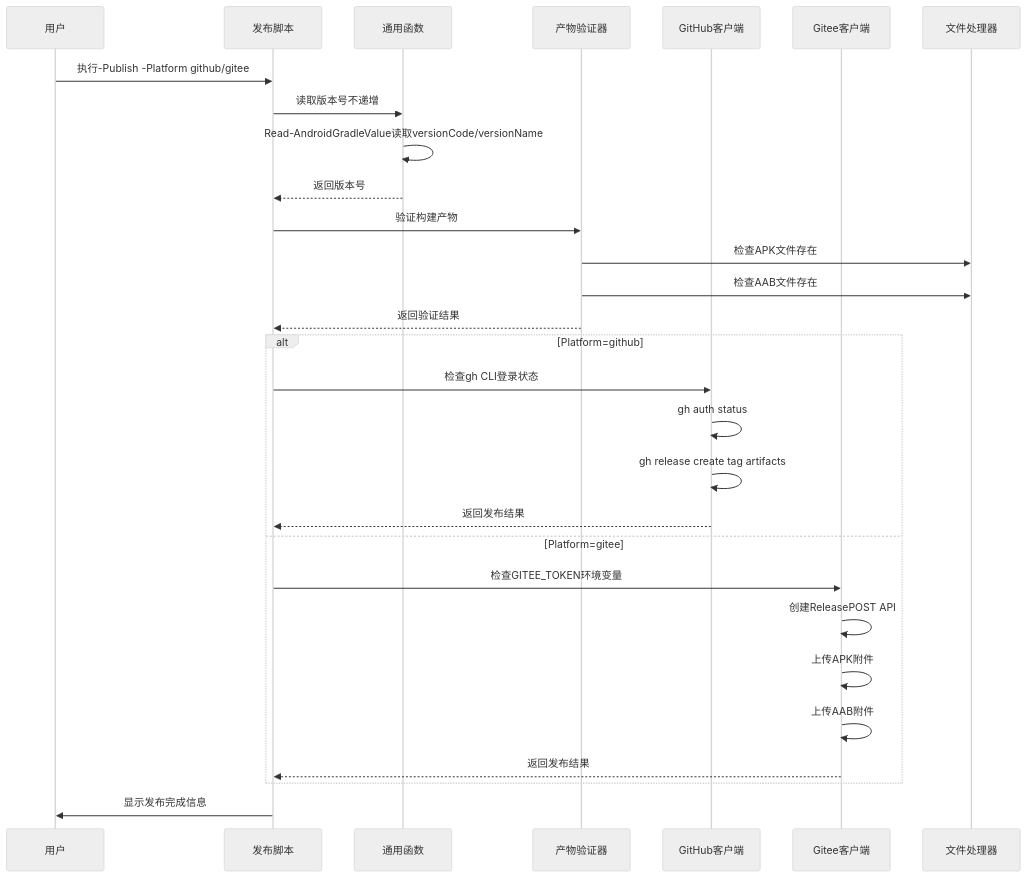
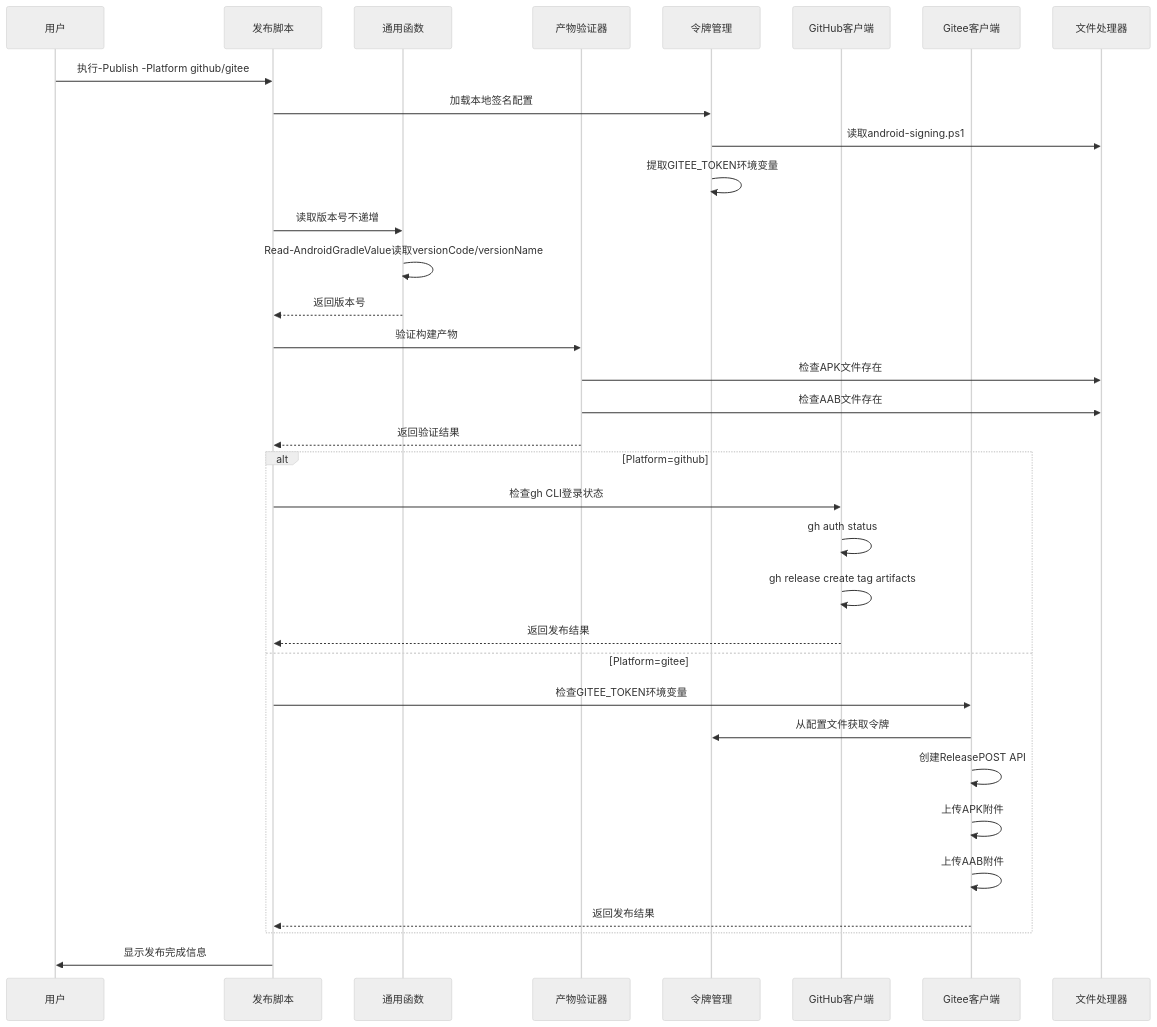
The fourth of 10 diagrams in .qoder/repowiki/zh/content/构建与部署/Windows PowerShell自动化.md (tea4go/Macro-Deck-Client-App), drawn with Mermaid (neutral theme) before and after one commit. The commit also changed other lines of this file and 4 other files, not shown here.

````diff
--- a/.qoder/repowiki/zh/content/构建与部署/Windows PowerShell自动化.md
+++ b/.qoder/repowiki/zh/content/构建与部署/Windows PowerShell自动化.md
@@ -728,31 +801,36 @@
 ```mermaid
 sequenceDiagram
 participant User as 用户
 participant PublishScript as 发布脚本
 participant Common as 通用函数
 participant ArtifactValidator as 产物验证器
+participant TokenMgr as 令牌管理
 participant GitHubClient as GitHub客户端
 participant GiteeClient as Gitee客户端
 participant FileHandler as 文件处理器
 User->>PublishScript : 执行-Publish -Platform github/gitee
+PublishScript->>TokenMgr : 加载本地签名配置
+TokenMgr->>FileHandler : 读取android-signing.ps1
+TokenMgr->>TokenMgr : 提取GITEE_TOKEN环境变量
 PublishScript->>Common : 读取版本号不递增
 Common->>Common : Read-AndroidGradleValue读取versionCode/versionName
 Common-->>PublishScript : 返回版本号
 PublishScript->>ArtifactValidator : 验证构建产物
 ArtifactValidator->>FileHandler : 检查APK文件存在
 ArtifactValidator->>FileHandler : 检查AAB文件存在
 ArtifactValidator-->>PublishScript : 返回验证结果
 alt Platform=github
 PublishScript->>GitHubClient : 检查gh CLI登录状态
 GitHubClient->>GitHubClient : gh auth status
 GitHubClient->>GitHubClient : gh release create tag artifacts
 GitHubClient-->>PublishScript : 返回发布结果
 else Platform=gitee
 PublishScript->>GiteeClient : 检查GITEE_TOKEN环境变量
+GiteeClient->>TokenMgr : 从配置文件获取令牌
 GiteeClient->>GiteeClient : 创建ReleasePOST API
 GiteeClient->>GiteeClient : 上传APK附件
 GiteeClient->>GiteeClient : 上传AAB附件
 GiteeClient-->>PublishScript : 返回发布结果
 end
 PublishScript->>User : 显示发布完成信息
 ```
````
